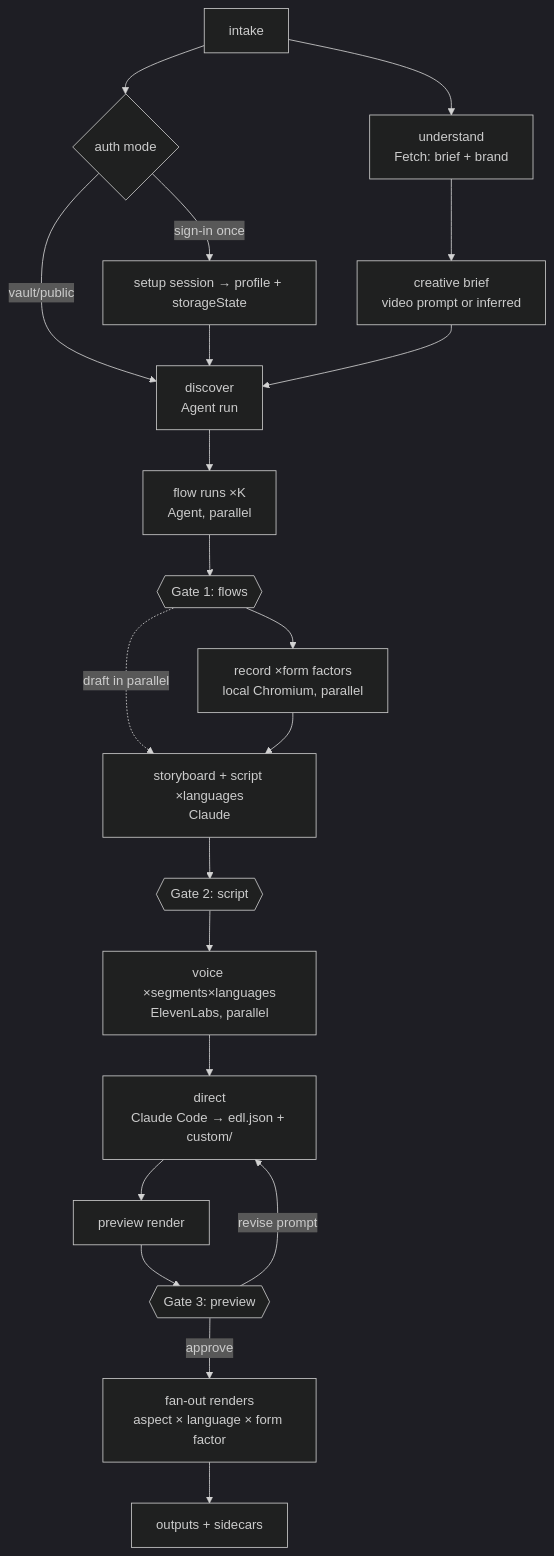
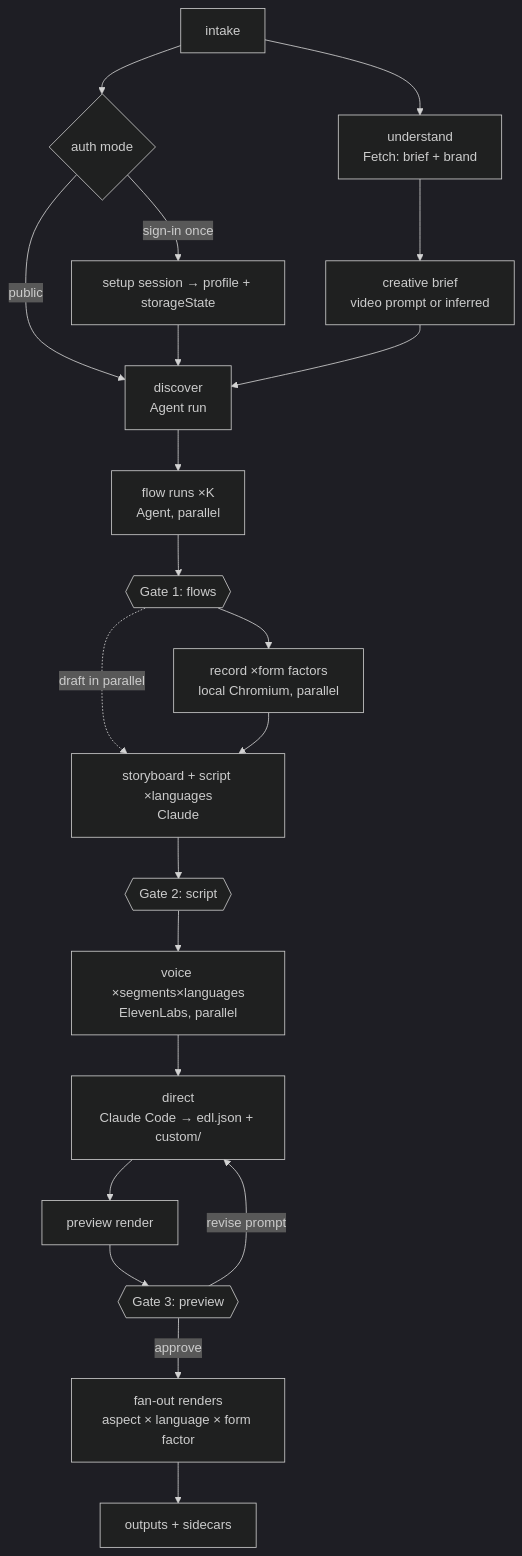
One commit to SunjeetKajla/agentcast changed the second of 2 diagrams in PRD.md. Above: the diagram before and after it, drawn with Mermaid (dark theme). The commit also changed other lines of this file and 81 other files, not shown here.

````diff
--- a/PRD.md
+++ b/PRD.md
@@ -388,23 +353,23 @@
 ```mermaid
 flowchart TD
   I[intake] --> U[understand<br/>Fetch: brief + brand]
   U --> CB[creative brief<br/>video prompt or inferred]
   I --> AUTH{auth mode}
   AUTH -->|sign-in once| SI[setup session → profile + storageState]
-  AUTH -->|vault/public| D
+  AUTH -->|public| D
   SI --> D[discover<br/>Agent run]
   CB --> D
   D --> FR[flow runs ×K<br/>Agent, parallel]
   FR --> G1{{Gate 1: flows}}
   G1 --> R[record ×form factors<br/>local Chromium, parallel]
   G1 -.draft in parallel.-> S
   R --> S[storyboard + script ×languages<br/>Claude]
   S --> G2{{Gate 2: script}}
   G2 --> V[voice ×segments×languages<br/>ElevenLabs, parallel]
   V --> DR[direct<br/>Claude Code → edl.json + custom/]
   DR --> P[preview render]
   P --> G3{{Gate 3: preview}}
   G3 -->|revise prompt| DR
   G3 -->|approve| F[fan-out renders<br/>aspect × language × form factor]
   F --> OUT[outputs + sidecars]
 ```
````
